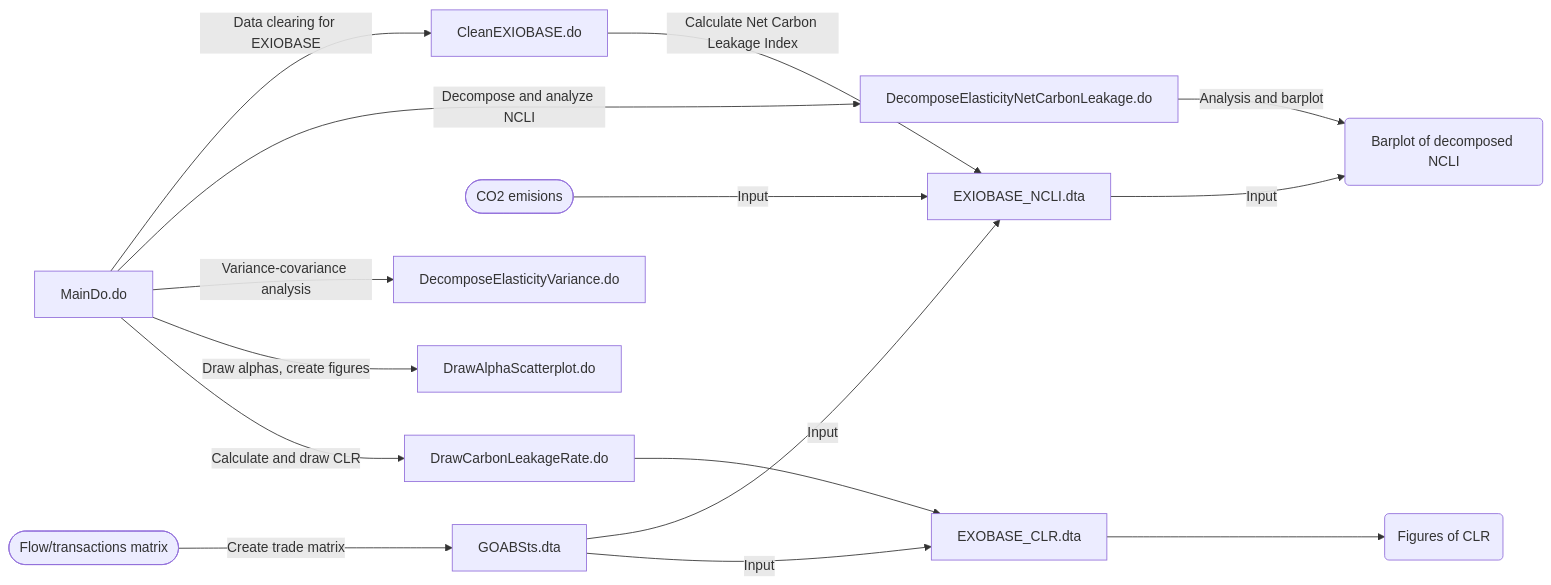
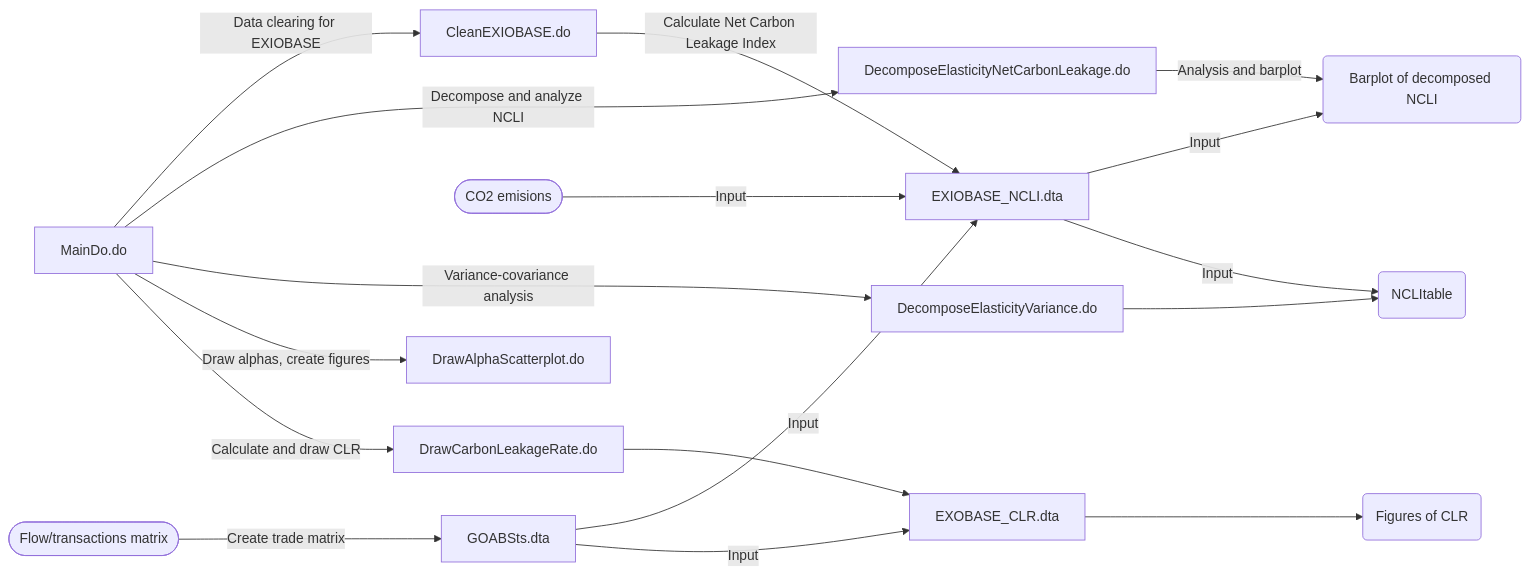
One commit to AkariOno/Trade_Carbon changed the diagram in README.md. Above: the diagram before and after it, drawn with Mermaid.

````diff
--- a/README.md
+++ b/README.md
@@ -17,18 +17,20 @@
 ```mermaid
 graph LR;
     A[MainDo.do] --> |Data clearing for EXIOBASE|B[CleanEXIOBASE.do]
     C([Flow/transactions matrix]) --> |Create trade matrix|K[GOABSts.dta]
     E([CO2 emisions]) --> |Input|D[EXIOBASE_NCLI.dta]
     B --> |Calculate Net Carbon Leakage Index|D
     A --> |Decompose and analyze NCLI|F[DecomposeElasticityNetCarbonLeakage.do]
     A --> |Variance-covariance analysis|G[DecomposeElasticityVariance.do]
     A --> |Draw alphas, create figures|H[DrawAlphaScatterplot.do]
     A --> |Calculate and draw CLR|I[DrawCarbonLeakageRate.do]
     I --> J[EXOBASE_CLR.dta]
     K --> |Input|D
     K --> |Input|J
     J --> L(Figures of CLR)
     D --> |Input|M(Barplot of decomposed NCLI)
     F --> |Analysis and barplot|M
+    D --> |Input|N(NCLItable)
+    G --> N
    
 ```
````
